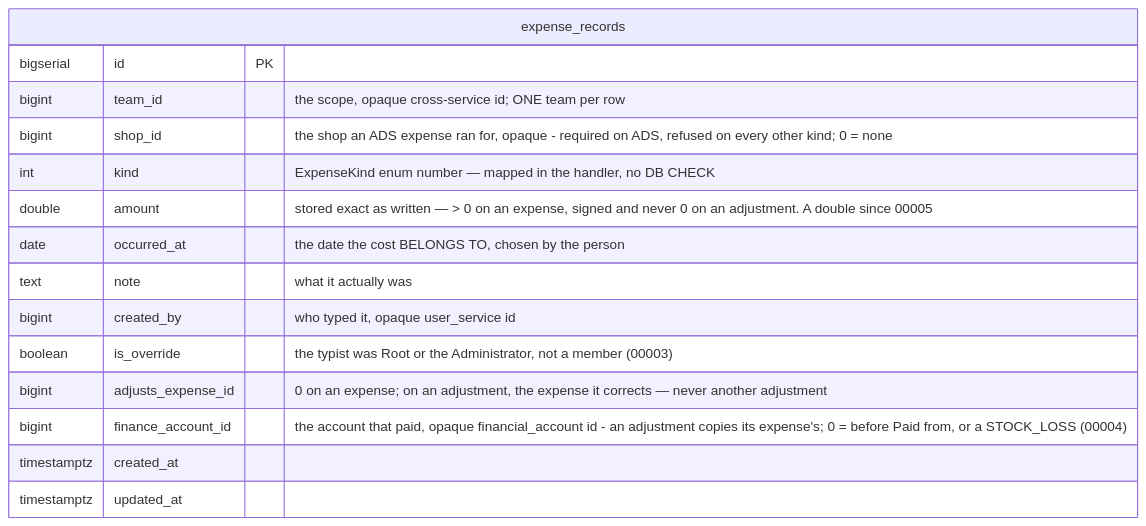
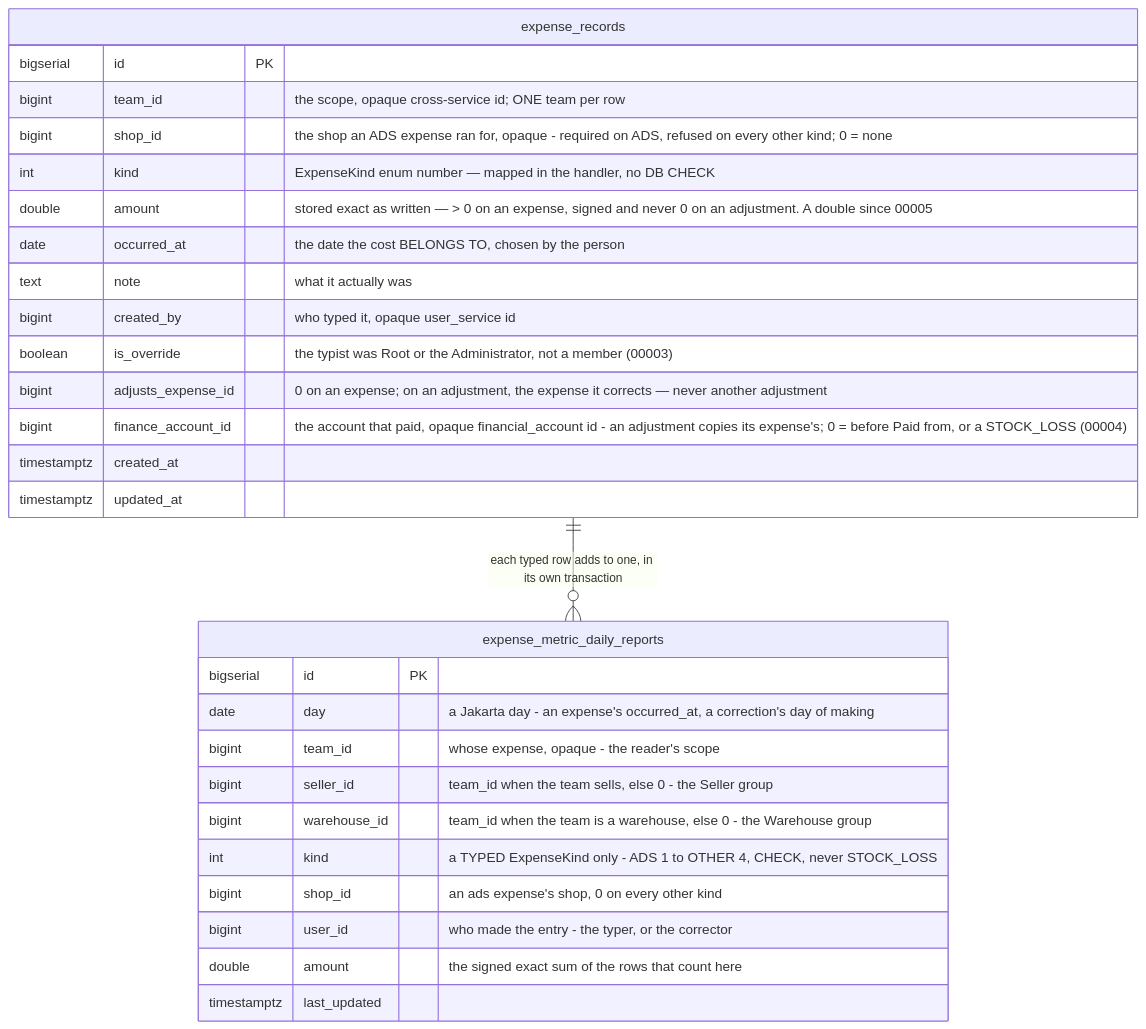
One commit to pdcgo/warehouse_revamp changed diagram 16 of 23 in docs/database-schema.md. Above: the diagram before and after it, drawn with Mermaid. The commit also changed other lines of this file and 64 other files, not shown here.

First line of the commit message:
feat(analytic): expense metrics - Ads expense and Expenses; supplier move by origin; Jakarta-day expiry on screens

````diff
--- a/docs/database-schema.md
+++ b/docs/database-schema.md
@@ -1706,18 +1706,31 @@
 ```mermaid
 erDiagram
     expense_records {
         bigserial   id          PK
         bigint      team_id     "the scope, opaque cross-service id; ONE team per row"
         bigint      shop_id     "the shop an ADS expense ran for, opaque - required on ADS, refused on every other kind; 0 = none"
         int         kind        "ExpenseKind enum number — mapped in the handler, no DB CHECK"
         double      amount      "stored exact as written — > 0 on an expense, signed and never 0 on an adjustment. A double since 00005"
         date        occurred_at "the date the cost BELONGS TO, chosen by the person"
         text        note        "what it actually was"
         bigint      created_by  "who typed it, opaque user_service id"
         boolean     is_override "the typist was Root or the Administrator, not a member (00003)"
         bigint      adjusts_expense_id "0 on an expense; on an adjustment, the expense it corrects — never another adjustment"
         bigint      finance_account_id "the account that paid, opaque financial_account id - an adjustment copies its expense's; 0 = before Paid from, or a STOCK_LOSS (00004)"
         timestamptz created_at
         timestamptz updated_at
     }
+    expense_metric_daily_reports {
+        bigserial   id           PK
+        date        day          "a Jakarta day - an expense's occurred_at, a correction's day of making"
+        bigint      team_id      "whose expense, opaque - the reader's scope"
+        bigint      seller_id    "team_id when the team sells, else 0 - the Seller group"
+        bigint      warehouse_id "team_id when the team is a warehouse, else 0 - the Warehouse group"
+        int         kind         "a TYPED ExpenseKind only - ADS 1 to OTHER 4, CHECK, never STOCK_LOSS"
+        bigint      shop_id      "an ads expense's shop, 0 on every other kind"
+        bigint      user_id      "who made the entry - the typer, or the corrector"
+        double      amount       "the signed exact sum of the rows that count here"
+        timestamptz last_updated
+    }
+    expense_records ||--o{ expense_metric_daily_reports : "each typed row adds to one, in its own transaction"
 ```
````
